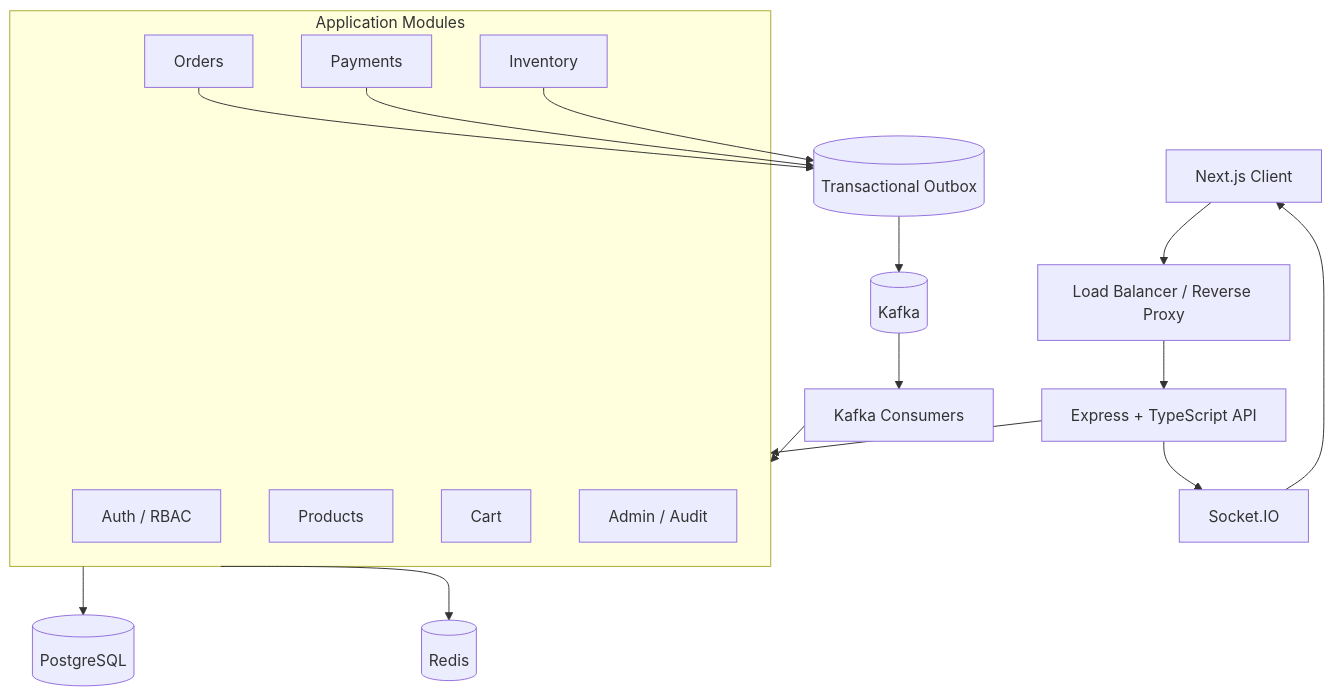
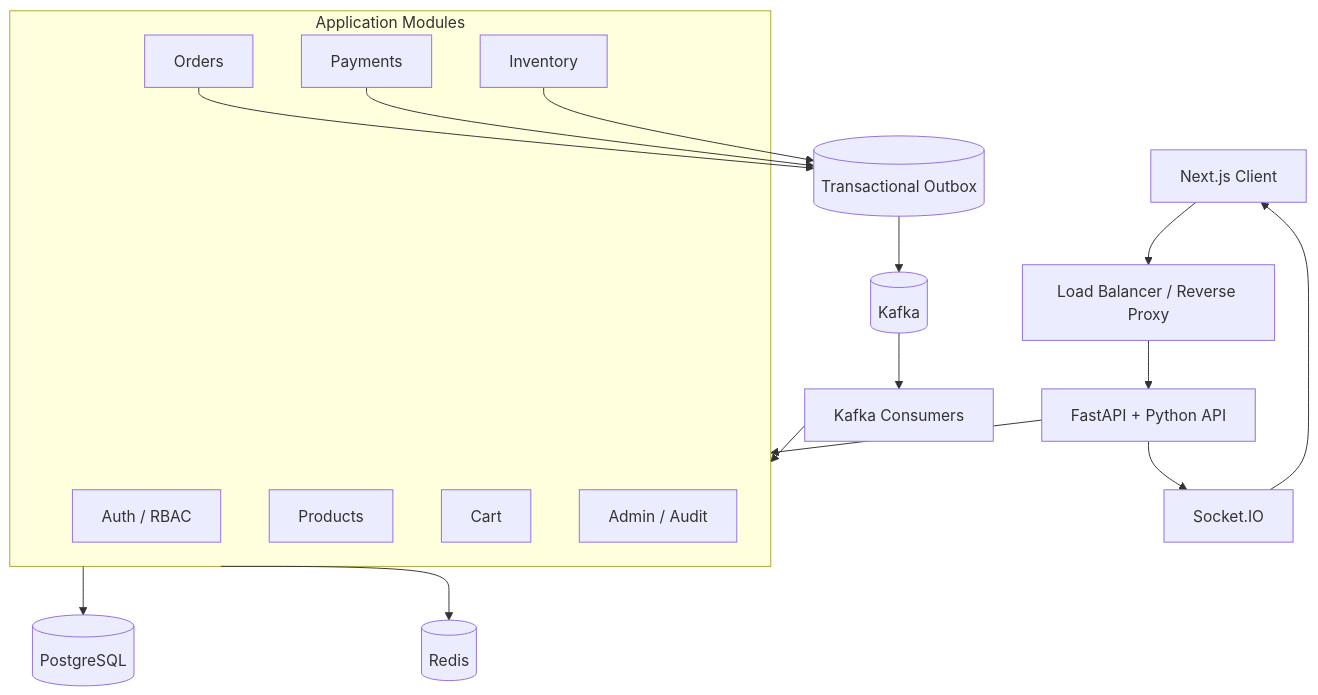
Before and after one commit to Ashish0555/ShopScale: the first of 5 diagrams in README.md, drawn with Mermaid. The commit also changed other lines of this file and 146 other files, not shown here.

Commit message:
FastAPI backend primary

````diff
--- a/README.md
+++ b/README.md
@@ -77,36 +77,36 @@
 ```mermaid
 flowchart TB
     Client[Next.js Client]
     LB[Load Balancer / Reverse Proxy]
-    API[Express + TypeScript API]
+    API[FastAPI + Python API]
 
     subgraph Modules[Application Modules]
         Auth[Auth / RBAC]
         Products[Products]
         Cart[Cart]
         Orders[Orders]
         Inventory[Inventory]
         Payments[Payments]
         Admin[Admin / Audit]
     end
 
     PG[(PostgreSQL)]
     Redis[(Redis)]
     Outbox[(Transactional Outbox)]
     Kafka[(Kafka)]
     Consumer[Kafka Consumers]
     Socket[Socket.IO]
 
     Client --> LB --> API
     API --> Modules
     Modules --> PG
     Modules --> Redis
     Orders --> Outbox
     Payments --> Outbox
     Inventory --> Outbox
     Outbox --> Kafka
     Kafka --> Consumer
     Consumer --> Modules
     API --> Socket
     Socket --> Client
 ```
````
